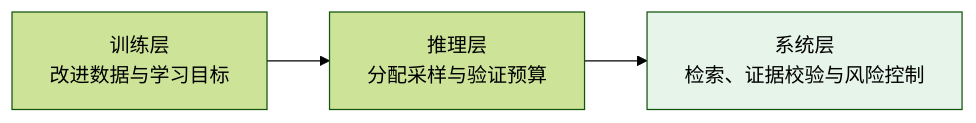
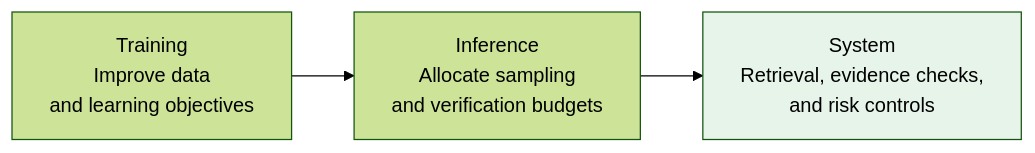
One commit to oneleaveknowsthefall/awesome-ai-roadmap changed the third of 3 diagrams in docs/llm/04-prompt-reliability/18-hallucination.md. Above: the diagram before and after it, drawn with Mermaid (forest theme). The commit also changed other lines of this file and 92 other files, not shown here.

````diff
--- a/docs/llm/04-prompt-reliability/18-hallucination.md
+++ b/docs/llm/04-prompt-reliability/18-hallucination.md
@@ -128,6 +128,6 @@
 ```mermaid
 flowchart LR
-    T["训练层<br/>改进数据与学习目标"] --> I["推理层<br/>分配采样与验证预算"] --> S["系统层<br/>检索、证据校验与风险控制"]
+    T["Training<br/>Improve data<br/>and learning objectives"] --> I["Inference<br/>Allocate sampling<br/>and verification budgets"] --> S["System<br/>Retrieval, evidence checks,<br/>and risk controls"]
 
     style S fill:#e6f4ea
 ```
````
